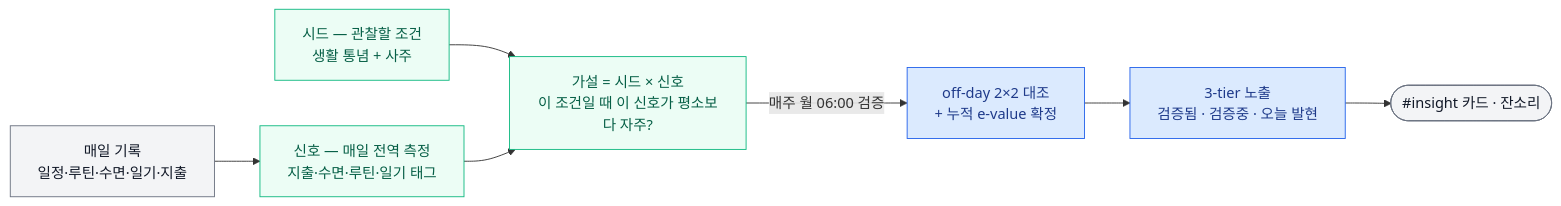
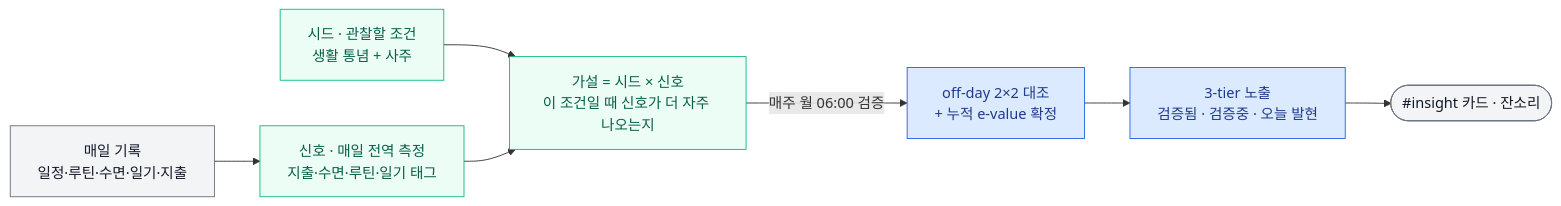
Before and after one commit to hyewon3938/slack-ai-agents: the diagram in README.md, drawn with Mermaid. The commit also changed other lines of this file, not shown here.

````diff
--- a/README.md
+++ b/README.md
@@ -49,18 +49,18 @@
 ```mermaid
 flowchart LR
   REC[매일 기록<br/>일정·루틴·수면·일기·지출]
-  SEED[시드 — 관찰할 조건<br/>생활 통념 + 사주]
-  REC --> SIG[신호 — 매일 전역 측정<br/>지출·수면·루틴·일기 태그]
-  SEED --> HYP[가설 = 시드 × 신호<br/>이 조건일 때 이 신호가 평소보다 자주?]
+  SEED[시드 · 관찰할 조건<br/>생활 통념 + 사주]
+  REC --> SIG[신호 · 매일 전역 측정<br/>지출·수면·루틴·일기 태그]
+  SEED --> HYP[가설 = 시드 × 신호<br/>이 조건일 때 신호가 더 자주 나오는지]
   SIG --> HYP
   HYP -->|매주 월 06:00 검증| VER[off-day 2×2 대조<br/>+ 누적 e-value 확정]
   VER --> TIER[3-tier 노출<br/>검증됨 · 검증중 · 오늘 발현]
   TIER --> OUT([#insight 카드 · 잔소리])
 
   classDef io fill:#f3f4f6,stroke:#6b7280,color:#111827
   classDef stat fill:#dbeafe,stroke:#2563eb,color:#1e3a8a
   classDef store fill:#ecfdf5,stroke:#10b981,color:#065f46
   class REC,OUT io
   class VER,TIER stat
   class SEED,SIG,HYP store
 ```
````
